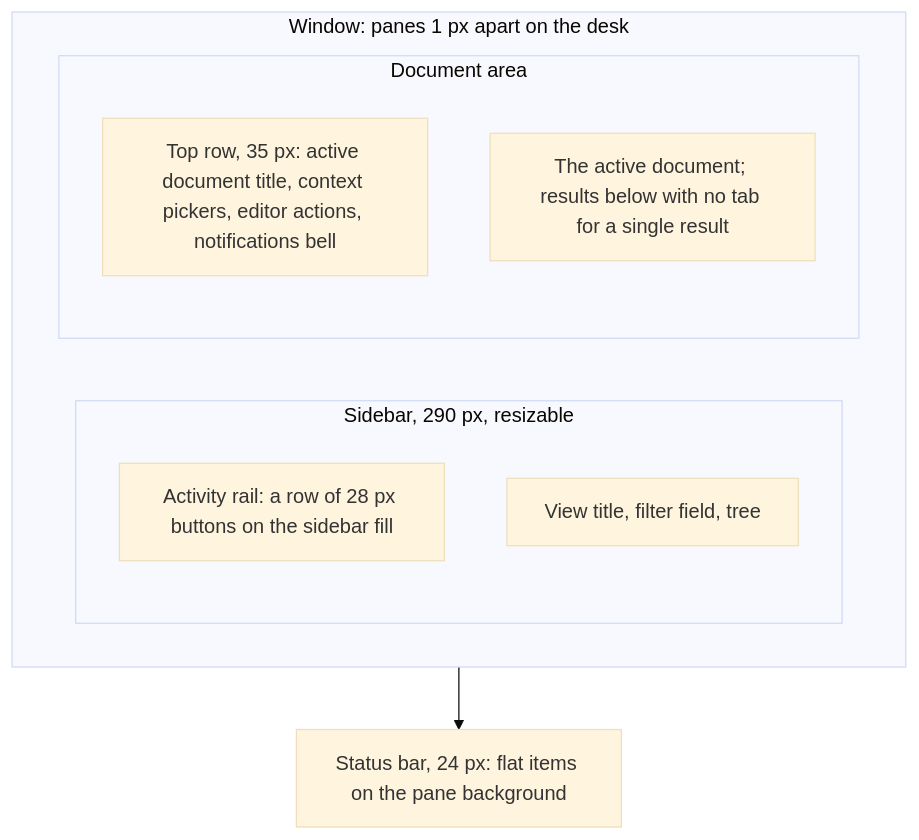
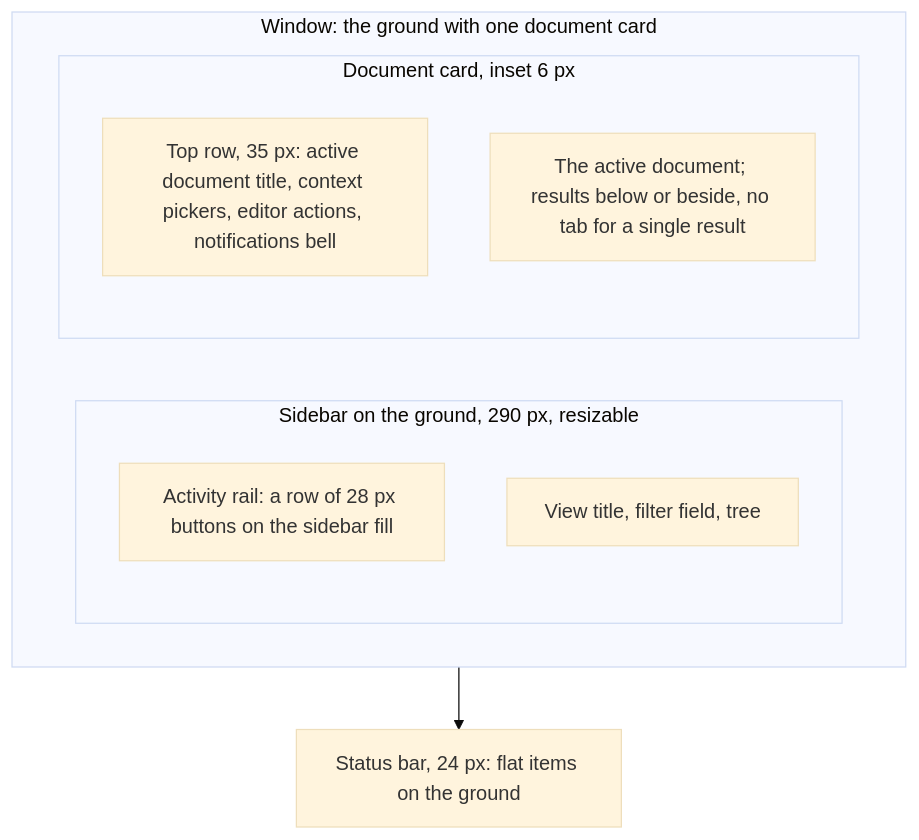
One commit to warfl0p/dbflux changed the diagram in DESIGN.md. Above: the diagram before and after it, drawn with Mermaid (base theme). The commit also changed other lines of this file and 25 other files, not shown here.

First line of the commit message:
feat(theme): inset document card, sentence-case labels, plain branding

````diff
--- a/DESIGN.md
+++ b/DESIGN.md
@@ -192,16 +199,16 @@
 ```mermaid
 flowchart TB
-    subgraph body["Window: panes 1 px apart on the desk"]
+    subgraph body["Window: the ground with one document card"]
         direction LR
-        subgraph sidebar["Sidebar, 290 px, resizable"]
+        subgraph sidebar["Sidebar on the ground, 290 px, resizable"]
             rail["Activity rail: a row of 28 px buttons on the sidebar fill"]
             tree["View title, filter field, tree"]
         end
-        subgraph document["Document area"]
+        subgraph document["Document card, inset 6 px"]
             top["Top row, 35 px: active document title, context pickers, editor actions, notifications bell"]
-            doc["The active document; results below with no tab for a single result"]
+            doc["The active document; results below or beside, no tab for a single result"]
         end
     end
-    status["Status bar, 24 px: flat items on the pane background"]
+    status["Status bar, 24 px: flat items on the ground"]
     body --> status
 ```
````
